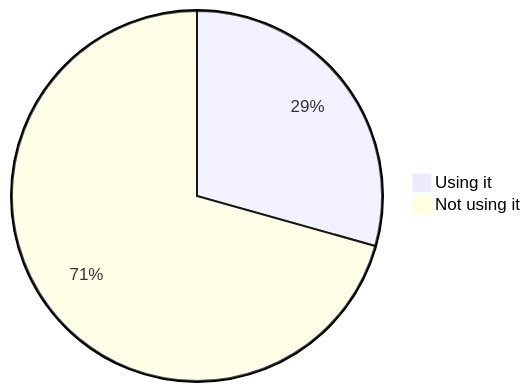
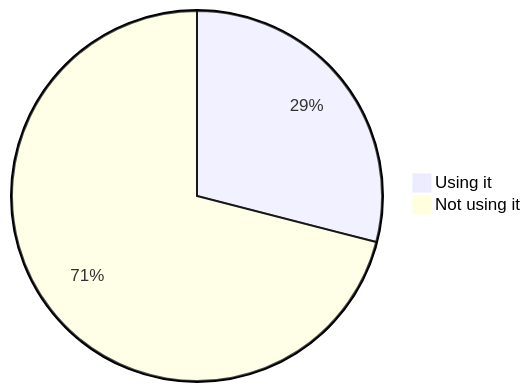
One commit to oshp/oshp-stats changed diagram 14 of 22 in stats.md. Above: the diagram before and after it, drawn with Mermaid. The commit also changed other lines of this file, not shown here.

````diff
--- a/stats.md
+++ b/stats.md
@@ -166,6 +166,6 @@
 ```mermaid
 pie
-	"Using it" : 29.35
-	"Not using it" : 70.65
+	"Using it" : 29.0
+	"Not using it" : 71.0
 
 ```
````
